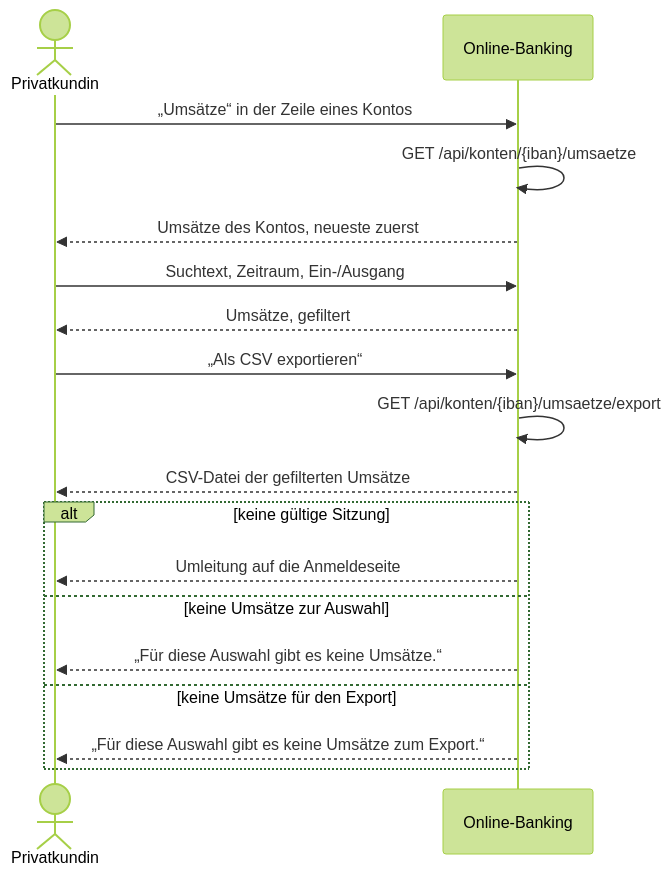
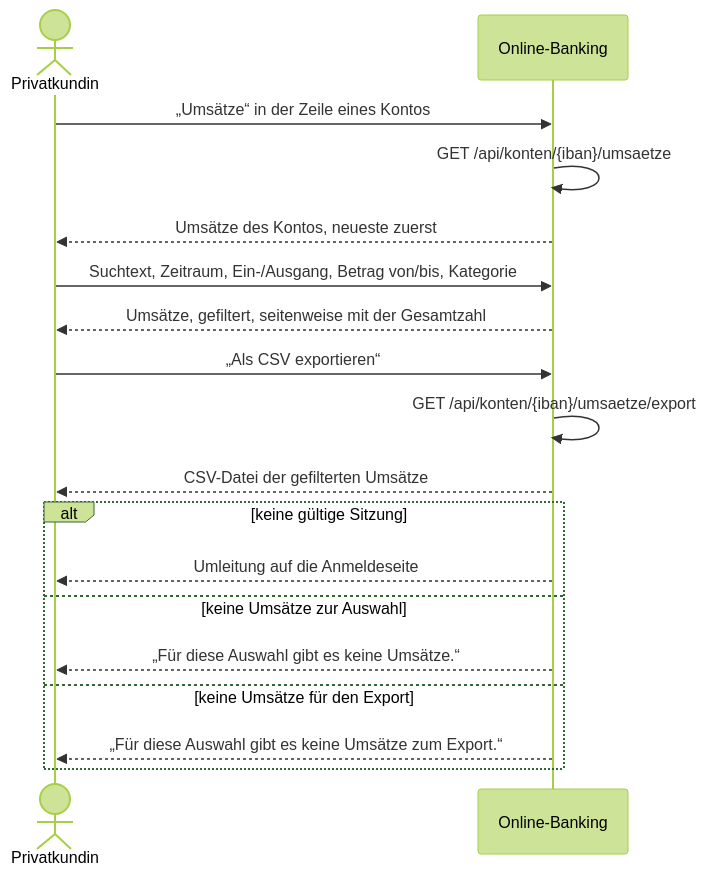
One commit to dakn85/online-banking changed the diagram in docs/use_cases/UC-003-umsaetze-eines-kontos-anzeigen.md. Above: the diagram before and after it, drawn with Mermaid (forest theme). The commit also changed other lines of this file and 5 other files, not shown here.

````diff
--- a/docs/use_cases/UC-003-umsaetze-eines-kontos-anzeigen.md
+++ b/docs/use_cases/UC-003-umsaetze-eines-kontos-anzeigen.md
@@ -110,20 +110,20 @@
 ```mermaid
 sequenceDiagram
     actor kundin as Privatkundin
     participant banking as Online-Banking
     kundin->>banking: „Umsätze“ in der Zeile eines Kontos
     banking->>banking: GET /api/konten/{iban}/umsaetze
     banking-->>kundin: Umsätze des Kontos, neueste zuerst
-    kundin->>banking: Suchtext, Zeitraum, Ein-/Ausgang
-    banking-->>kundin: Umsätze, gefiltert
+    kundin->>banking: Suchtext, Zeitraum, Ein-/Ausgang, Betrag von/bis, Kategorie
+    banking-->>kundin: Umsätze, gefiltert, seitenweise mit der Gesamtzahl
     kundin->>banking: „Als CSV exportieren“
     banking->>banking: GET /api/konten/{iban}/umsaetze/export
     banking-->>kundin: CSV-Datei der gefilterten Umsätze
     alt keine gültige Sitzung
         banking-->>kundin: Umleitung auf die Anmeldeseite
     else keine Umsätze zur Auswahl
         banking-->>kundin: „Für diese Auswahl gibt es keine Umsätze.“
     else keine Umsätze für den Export
         banking-->>kundin: „Für diese Auswahl gibt es keine Umsätze zum Export.“
     end
 ```
````
